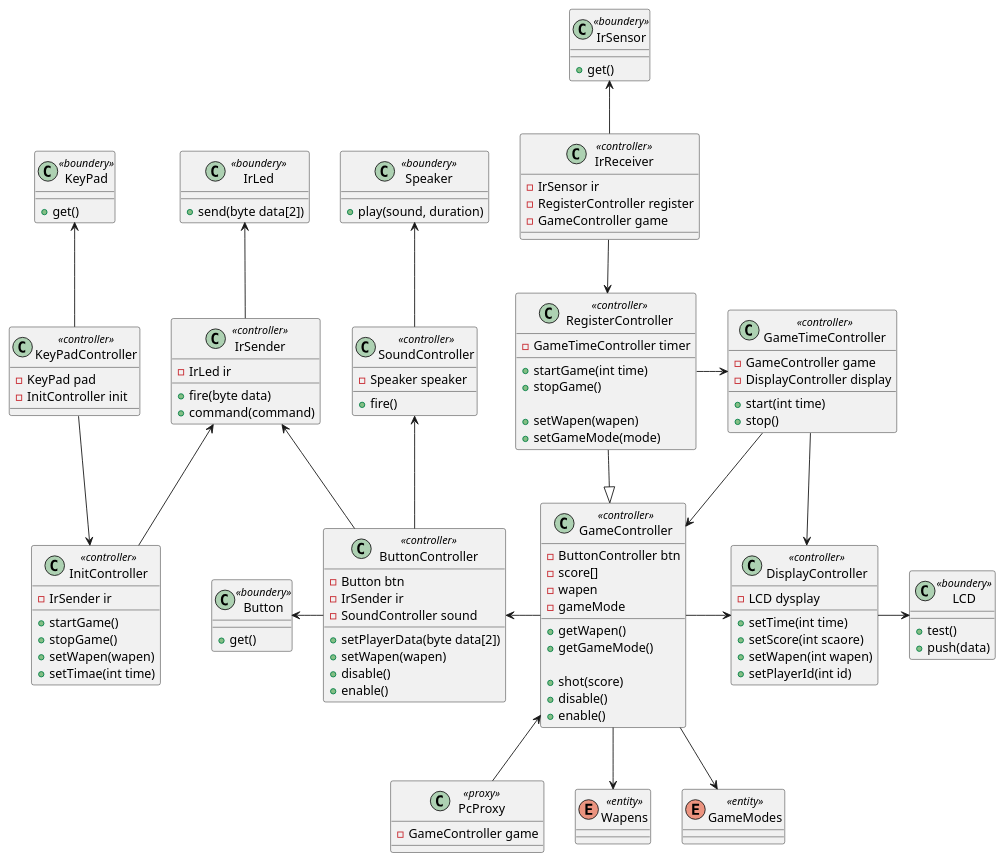
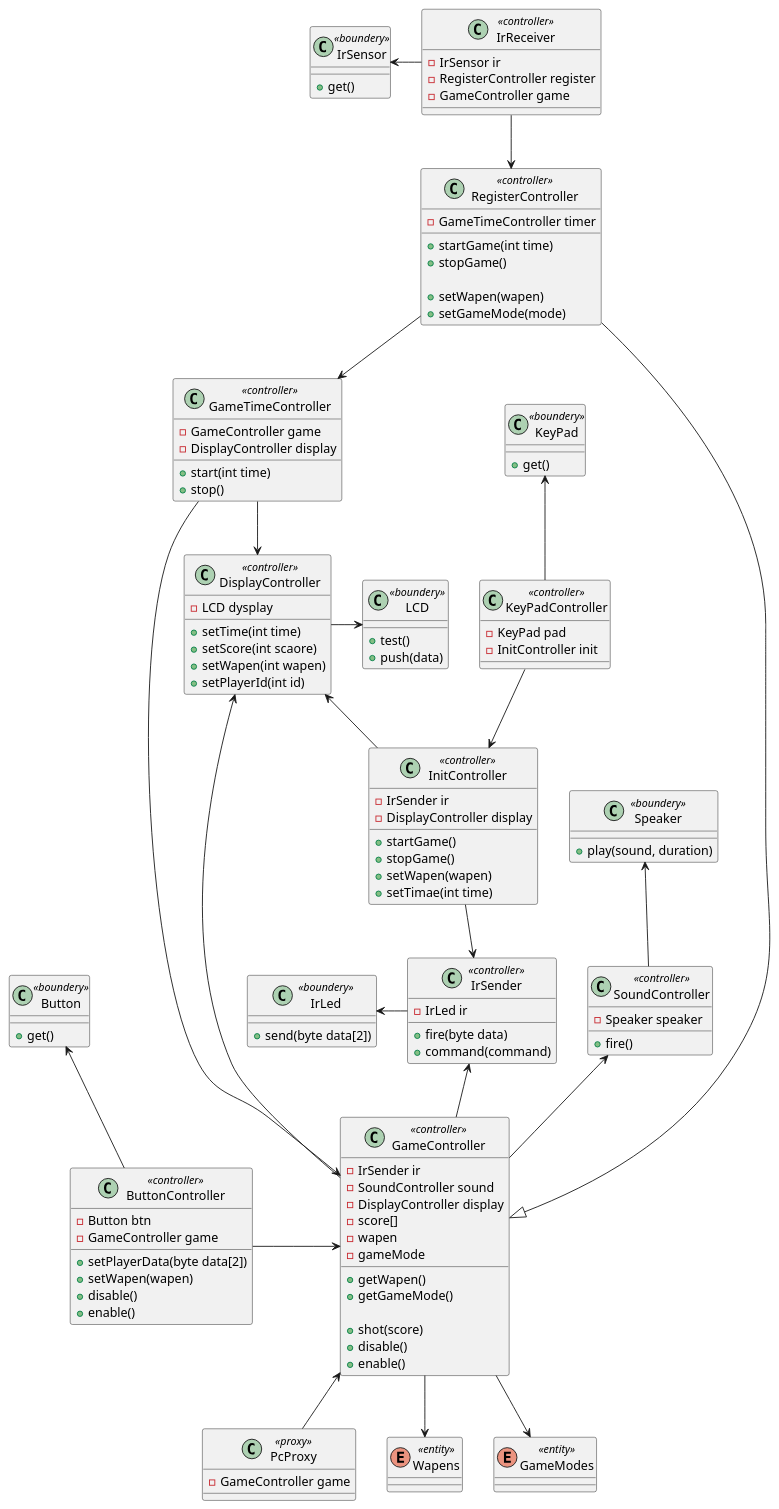
One commit to DavidDriessen/Skilled-Eagle_Lazer-Game changed the diagram in Docs/architecture/class.puml. Above: the diagram before and after it, drawn with PlantUML. The commit also changed 1 other file, not shown here.

Commit message:
class diagram update

```diff
--- a/Docs/architecture/class.puml
+++ b/Docs/architecture/class.puml
@@ -1,127 +1,135 @@
 @startuml
 
 class LCD <<boundery>> {
     +test()
     +push(data)
 }
 class IrSensor <<boundery>> {
     +get()
 }
 class IrLed <<boundery>> {
     +send(byte data[2])
 }
 class Button <<boundery>> {
     +get()
 }
 class Speaker <<boundery>> {
     +play(sound, duration)
 }
 class KeyPad <<boundery>> {
     +get()
 }
 
 class DisplayController <<controller>> {
     -LCD dysplay
     +setTime(int time)
     +setScore(int scaore)
     +setWapen(int wapen)
     +setPlayerId(int id)
 }
 class IrReceiver <<controller>> {
     -IrSensor ir
     -RegisterController register
     -GameController game
 }
 class IrSender <<controller>> {
     -IrLed ir
     +fire(byte data)
     +command(command)
 }
 class ButtonController <<controller>> {
     -Button btn
-    -IrSender ir
-    -SoundController sound
+    -GameController game
     +setPlayerData(byte data[2])
     +setWapen(wapen)
     +disable()
     +enable()
 }
 class SoundController <<controller>> {
     -Speaker speaker
     +fire()
 }
 class KeyPadController <<controller>> {
     -KeyPad pad
     -InitController init
 }
 
 class PcProxy <<proxy>> {
     -GameController game
 }
 
 class GameController <<controller>> {
-    -ButtonController btn
+    -IrSender ir
+    -SoundController sound
+    -DisplayController display
     -score[]
     -wapen
     -gameMode
 
     +getWapen()
     +getGameMode()
 
     +shot(score)
     +disable()
     +enable()
 }
 class GameTimeController <<controller>> {
     -GameController game
     -DisplayController display
     +start(int time)
     +stop()
 }
 class InitController <<controller>> {
     -IrSender ir
+    -DisplayController display
     +startGame()
     +stopGame()
     +setWapen(wapen)
     +setTimae(int time)
 }
 class RegisterController <<controller>> {
     -GameTimeController timer
     +startGame(int time)
     +stopGame()
 
     +setWapen(wapen)
     +setGameMode(mode)
 }
 
 enum Wapens <<entity>>
 enum GameModes <<entity>>
 
 DisplayController -> LCD
-IrSensor <-- IrReceiver
-IrLed <-- IrSender
-Button <- ButtonController
+'IrSensor <-- IrReceiver
+'IrLed <-- IrSender
+'Button <- ButtonController
 Speaker <-- SoundController
 KeyPad <-- KeyPadController
 
 IrReceiver --> RegisterController
 RegisterController --|> GameController
 
-RegisterController -> GameTimeController
+RegisterController --> GameTimeController
 GameTimeController --> GameController
 GameTimeController --> DisplayController
 GameController -> DisplayController
-'InitController --> GameController
 
-IrSender <-- ButtonController
-IrSender <-- InitController
+IrSender <-- GameController
+'InitController -> IrSender
 KeyPadController --> InitController
 
-ButtonController <- GameController
-SoundController <-- ButtonController
+ButtonController -> GameController
+SoundController <-- GameController
 
 GameController --> Wapens
 GameController --> GameModes
 GameController <-- PcProxy
 
+''init => display
+IrLed <- IrSender
+DisplayController <-- InitController
+InitController --> IrSender
+IrSensor <- IrReceiver
+Button <-- ButtonController
+
 @enduml
```
